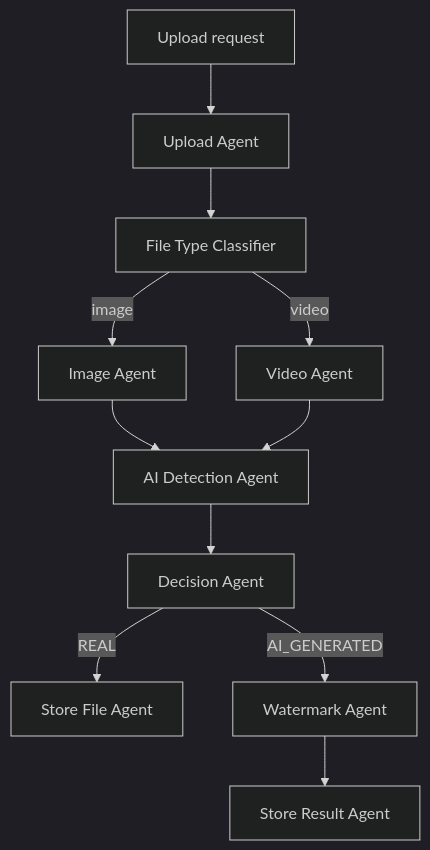
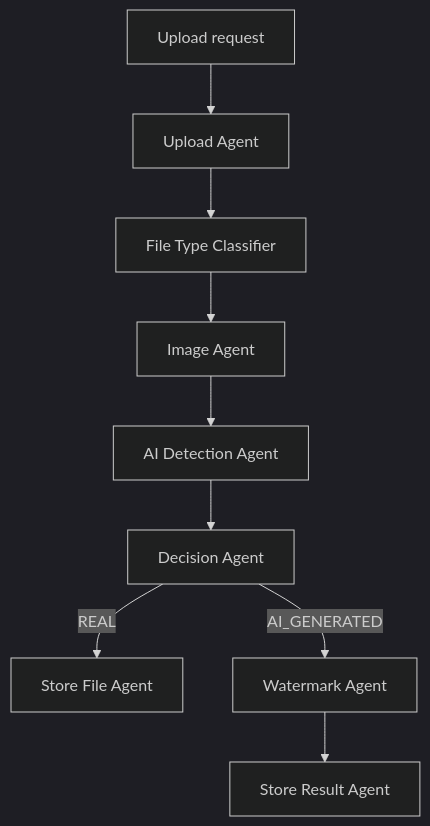
One commit to maheshchaparla07/image_processing_agentic_ai changed the diagram in README.md. Above: the diagram before and after it, drawn with Mermaid (dark theme). The commit also changed other lines of this file and 7 other files, not shown here.

````diff
--- a/README.md
+++ b/README.md
@@ -61,13 +59,11 @@
 ```mermaid
 flowchart TD
     A[Upload request] --> B[Upload Agent]
     B --> C[File Type Classifier]
-    C -->|image| D[Image Agent]
-    C -->|video| E[Video Agent]
+    C --> D[Image Agent]
     D --> F[AI Detection Agent]
-    E --> F
     F --> G[Decision Agent]
     G -->|REAL| H[Store File Agent]
     G -->|AI_GENERATED| I[Watermark Agent]
     I --> J[Store Result Agent]
 ```
````
